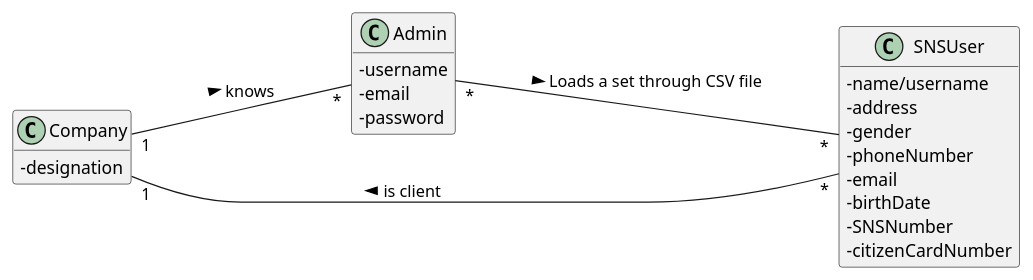
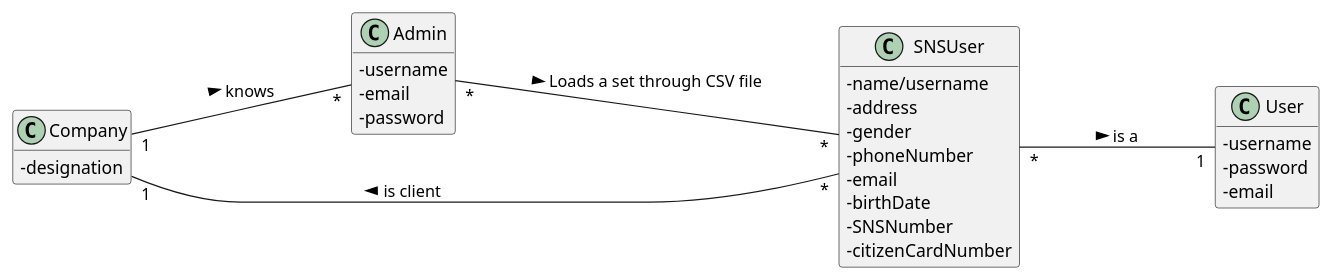
Before and after one commit to PedroMesquita1211171/VaccinationManager: the diagram in docs/SprintC/US/US14/US014_MD.puml, drawn with PlantUML. The commit also changed 14 other files, not shown here.

```diff
--- a/docs/SprintC/US/US14/US014_MD.puml
+++ b/docs/SprintC/US/US14/US014_MD.puml
@@ -1,37 +1,44 @@
 @startuml
 hide methods
 left to right direction
 skinparam classAttributeIconSize 0
 
 
 class Company {
   -designation
 }
 
 class SNSUser {
 -name/username
 -address
 -gender
 -phoneNumber
 -email
 -birthDate
 -SNSNumber
 -citizenCardNumber
 }
 
 class Admin {
 -username
 -email
 -password
 }
 
+class User{
+-username
+-password
+-email
+}
+
 SNSUser "*"---"1" Company : is client >
 Company "1"---"*" Admin : knows >
 Admin "*"---"*" SNSUser : Loads a set through CSV file >
+SNSUser "*"---"1" User : is a >
 
 
 
 
 
 
 @enduml
```
